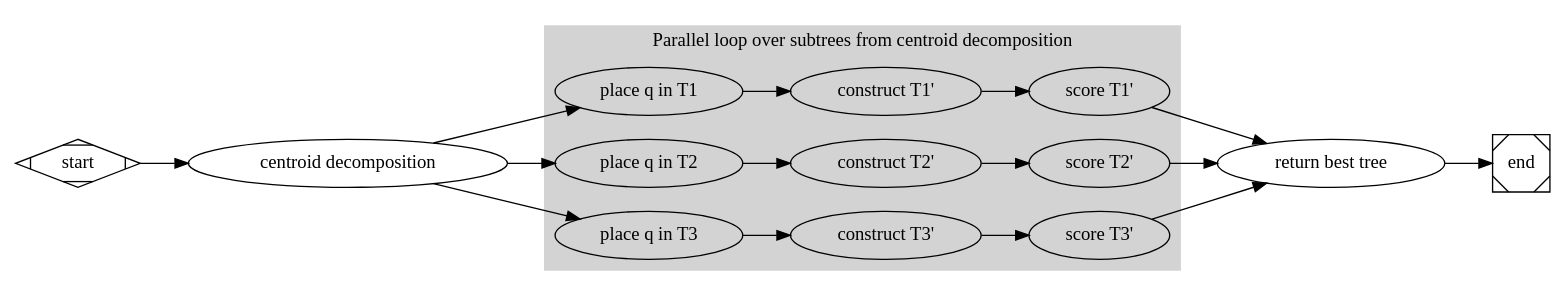
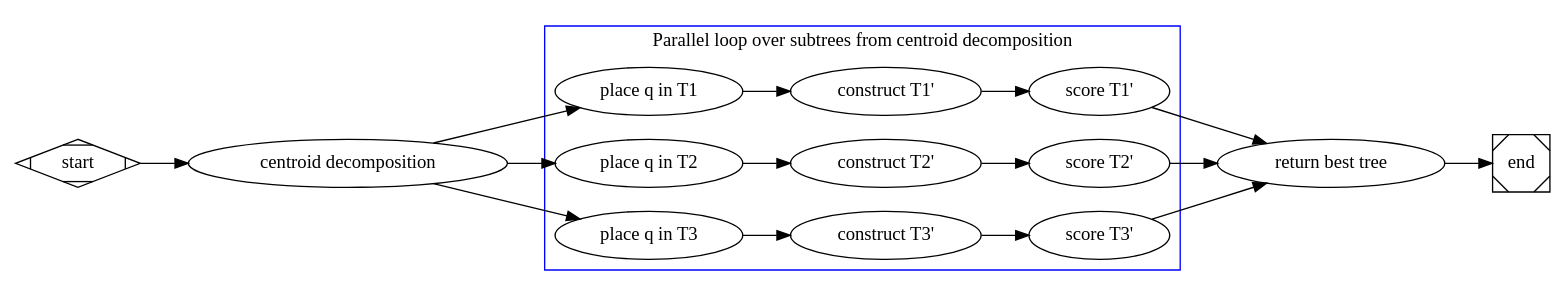
The diagram in writeup/Figs/pipeline1.dot (kodingkoning/pplacerDC), drawn with Graphviz before and after one commit. The commit also changed 4 other files, not shown here.

Commit message:
Alter graphviz graphs slightly

```diff
--- a/writeup/Figs/pipeline1.dot
+++ b/writeup/Figs/pipeline1.dot
@@ -1,43 +1,43 @@
 digraph G {
   rankdir=LR
 
   // predefine nodes
   pplacer1[label="place q in T1"]
   pplacer2[label="place q in T2"]
   pplacer3[label="place q in T3"]
   place1[label="construct T1'"]
   place2[label="construct T2'"]
   place3[label="construct T3'"]
   raxml1[label="score T1'"]
   raxml2[label="score T2'"]
   raxml3[label="score T3'"]
   return[label="return best tree"]
   decompose[label="centroid decomposition"]
 
 	subgraph cluster_0 {
-		style=filled;
-		color=lightgrey;
+		//style=filled;
+		color=blue;
 		node [style=filled,color=white];
 		pplacer1 -> place1 -> raxml1;
 		pplacer2 -> place2 -> raxml2;
 		pplacer3 -> place3 -> raxml3;
 		label = "Parallel loop over subtrees from centroid decomposition";
 	}
 
 	//subgraph cluster_1 {
 	//	node [style=filled];
 	//	b0 -> b1 -> b2 -> b3;
 	//	label = "process #2";
 	//	color=blue
 	//}
 	start -> decompose -> pplacer1;
   decompose -> pplacer2;
   decompose -> pplacer3;
   raxml1 -> return;
   raxml2 -> return;
   raxml3 -> return;
   return -> end;
 
 	start [shape=Mdiamond];
 	end [shape=Msquare];
 }
```
